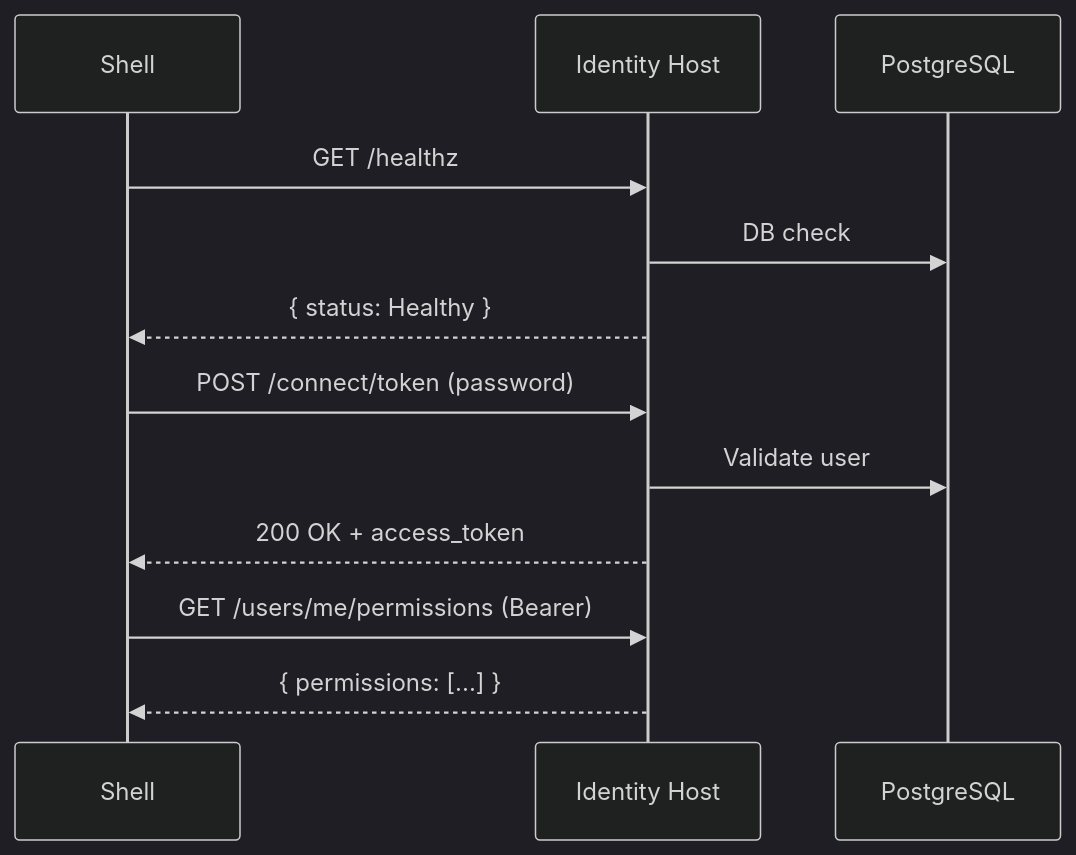
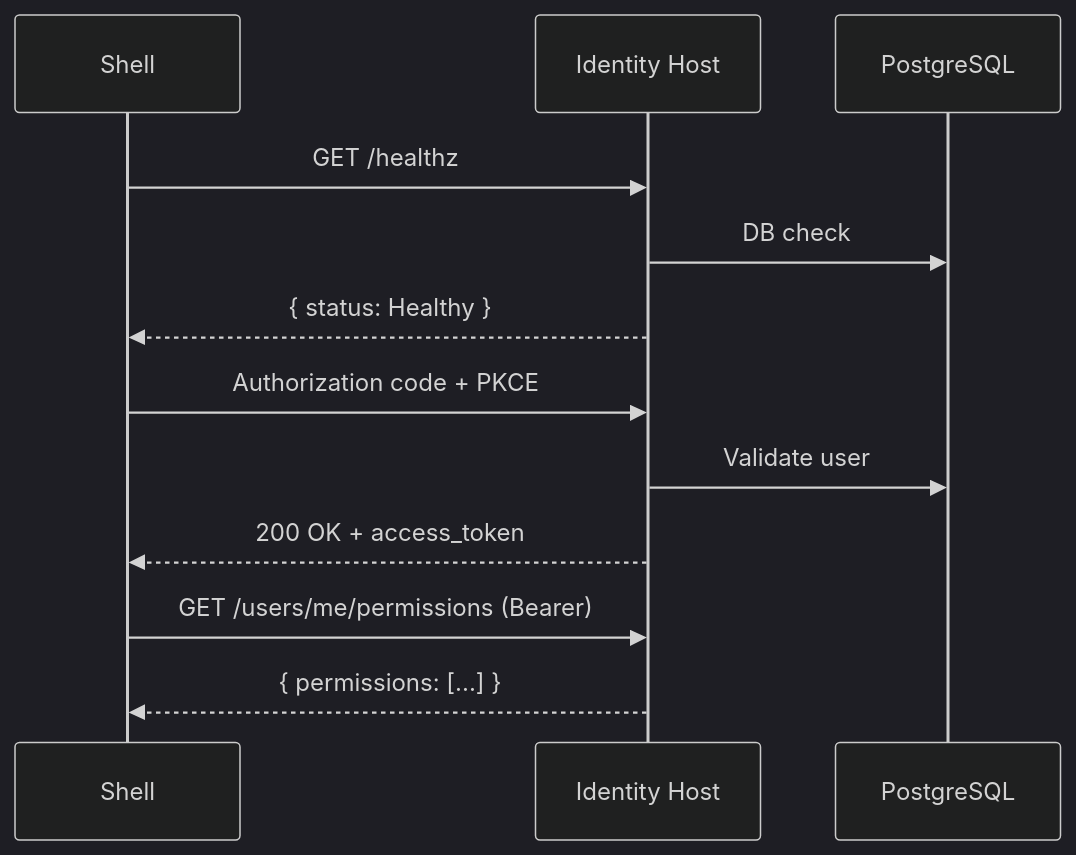
The diagram in docs/playbooks/full-stack-smoke-test.md (Amaretto-Software-Labs/identity-base), drawn with Mermaid (dark theme) before and after one commit. The commit also changed other lines of this file and 45 other files, not shown here.

First line of the commit message:
Refactor OpenIddict flows and enhance validation (#14)

````diff
--- a/docs/playbooks/full-stack-smoke-test.md
+++ b/docs/playbooks/full-stack-smoke-test.md
@@ -82,14 +122,14 @@
 ```mermaid
 sequenceDiagram
   participant CLI as Shell
   participant Host as Identity Host
   participant DB as PostgreSQL
   CLI->>Host: GET /healthz
   Host->>DB: DB check
   Host-->>CLI: { status: Healthy }
-  CLI->>Host: POST /connect/token (password)
+  CLI->>Host: Authorization code + PKCE
   Host->>DB: Validate user
   Host-->>CLI: 200 OK + access_token
   CLI->>Host: GET /users/me/permissions (Bearer)
   Host-->>CLI: { permissions: [...] }
 ```
````
